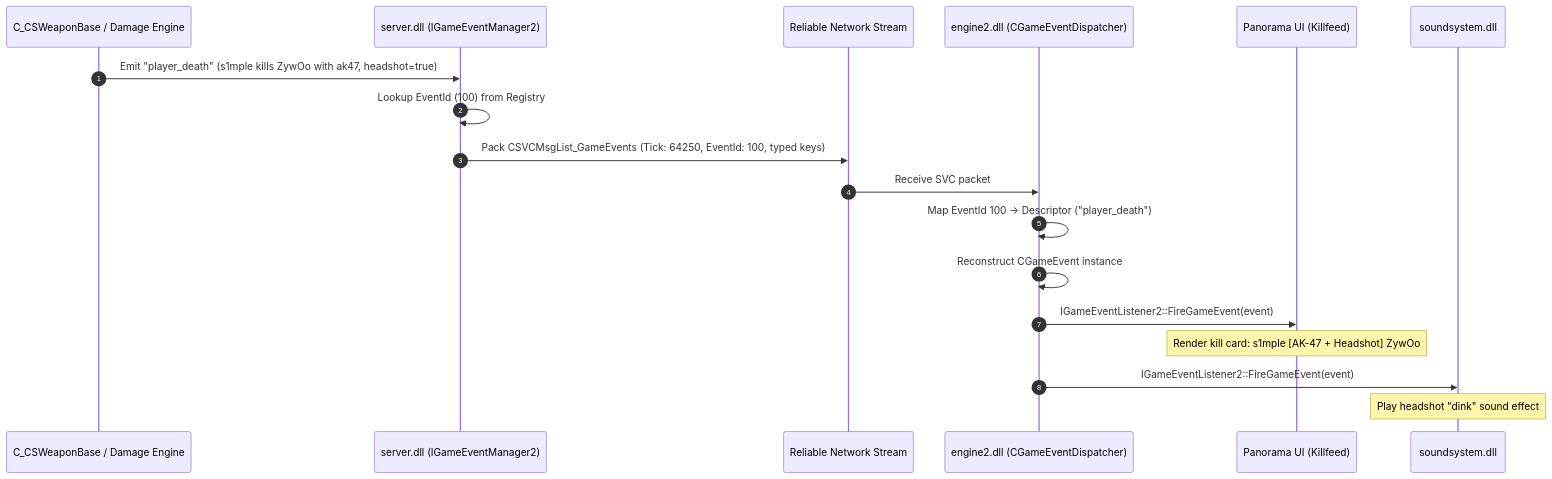
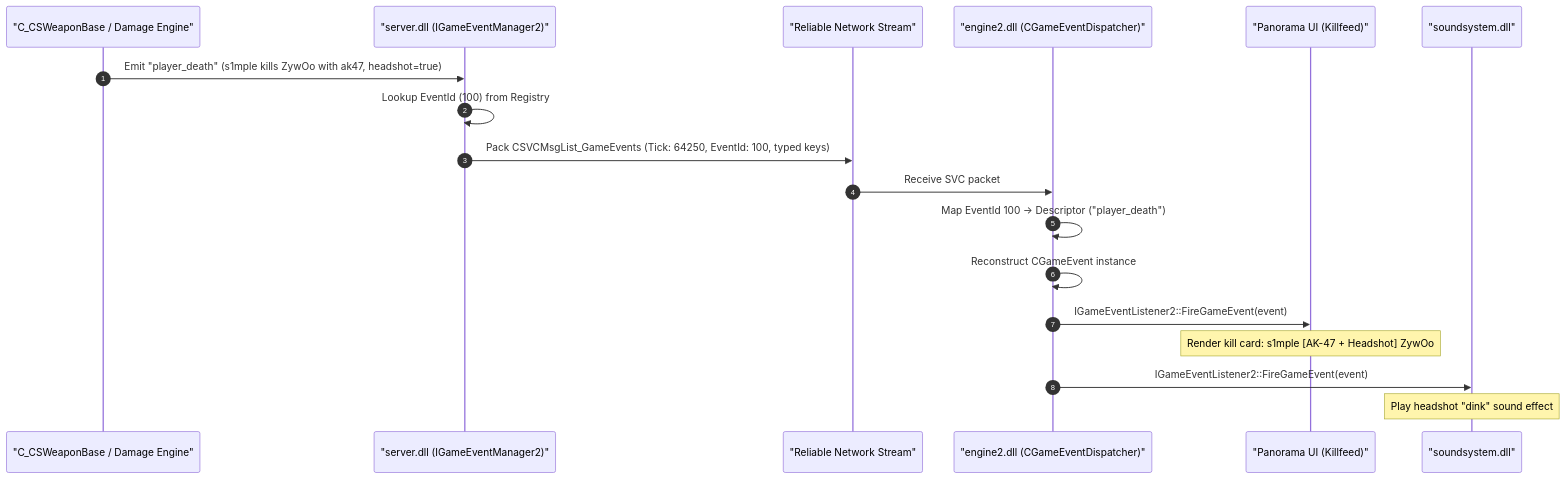
Before and after one commit to Hanzkii/cs2-reverse: the second of 2 diagrams in docs/08_game_events_pipeline.md, drawn with Mermaid. The commit also changed 17 other files, not shown here.

Commit message:
fix(docs): quote Mermaid sequence diagram participant labels across all documentation

````diff
--- a/docs/08_game_events_pipeline.md
+++ b/docs/08_game_events_pipeline.md
@@ -135,21 +135,21 @@
 ```mermaid
 sequenceDiagram
     autonumber
-    participant Weapon as C_CSWeaponBase / Damage Engine
-    participant ServerGEM as server.dll (IGameEventManager2)
-    participant NetChannel as Reliable Network Stream
-    participant ClientDispatcher as engine2.dll (CGameEventDispatcher)
-    participant Killfeed as Panorama UI (Killfeed)
-    participant AudioEngine as soundsystem.dll
+    participant Weapon as "C_CSWeaponBase / Damage Engine"
+    participant ServerGEM as "server.dll (IGameEventManager2)"
+    participant NetChannel as "Reliable Network Stream"
+    participant ClientDispatcher as "engine2.dll (CGameEventDispatcher)"
+    participant Killfeed as "Panorama UI (Killfeed)"
+    participant AudioEngine as "soundsystem.dll"
 
     Weapon->>ServerGEM: Emit "player_death" (s1mple kills ZywOo with ak47, headshot=true)
     ServerGEM->>ServerGEM: Lookup EventId (100) from Registry
     ServerGEM->>NetChannel: Pack CSVCMsgList_GameEvents (Tick: 64250, EventId: 100, typed keys)
     NetChannel->>ClientDispatcher: Receive SVC packet
     ClientDispatcher->>ClientDispatcher: Map EventId 100 -> Descriptor ("player_death")
     ClientDispatcher->>ClientDispatcher: Reconstruct CGameEvent instance
     ClientDispatcher->>Killfeed: IGameEventListener2::FireGameEvent(event)
     Note over Killfeed: Render kill card: s1mple [AK-47 + Headshot] ZywOo
     ClientDispatcher->>AudioEngine: IGameEventListener2::FireGameEvent(event)
     Note over AudioEngine: Play headshot "dink" sound effect
 ```
````
